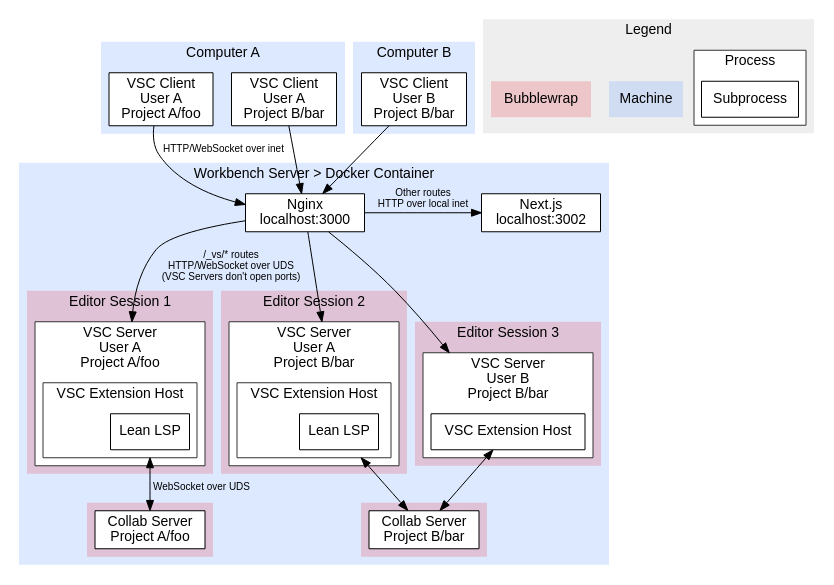
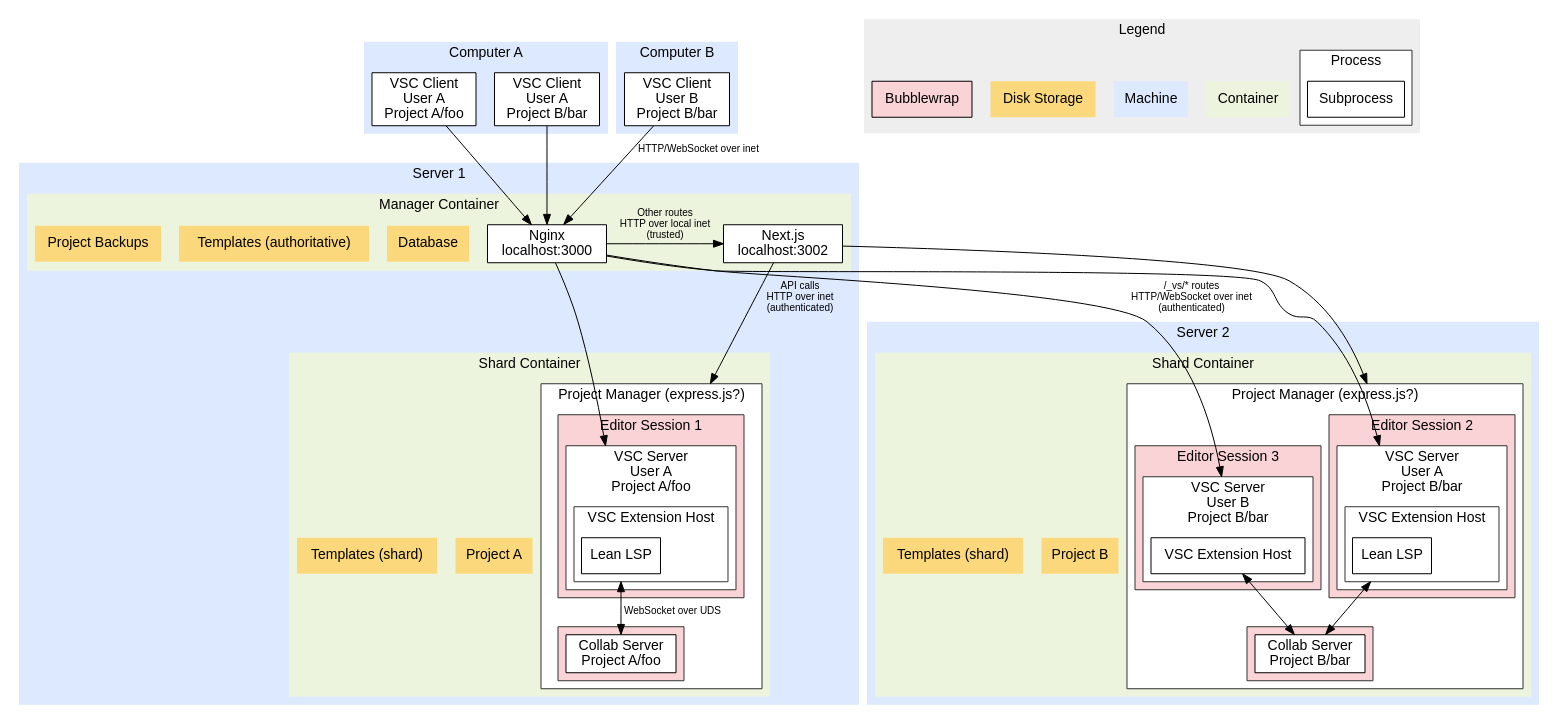
Before and after one commit to leanprover/lean-workbench: the diagram in doc/architecture.dot, drawn with Graphviz. The commit also changed 1 other file, not shown here.

Commit message:
feat: horizontal diagram

```diff
--- a/doc/architecture.dot
+++ b/doc/architecture.dot
@@ -1,124 +1,177 @@
 digraph Workbench {
     rankdir = TB;
     // Allow edges between clusters
     compound = true;
     fontname = "Helvetica";
     node [fontname = "Helvetica"; shape = box; style = filled; fillcolor = white;];
     edge [fontname = "Helvetica"; fontsize = 10;];
     style = filled;
     color = transparent;
     peripheries = 0;
-    
+
     subgraph cluster_COMPUTER_A {
         label = "Computer A";
-        fillcolor = "#5790FC33";
+        fillcolor = "#dde9fe";
+
         C1 [label = "VSC Client\nUser A\nProject A/foo";];
         C2 [label = "VSC Client\nUser A\nProject B/bar";];
     }
-    
+
     subgraph cluster_COMPUTER_B {
         label = "Computer B";
-        fillcolor = "#5790FC33";
+        fillcolor = "#dde9fe";
+
         C3 [label = "VSC Client\nUser B\nProject B/bar";];
     }
-    
+
     subgraph cluster_LEGEND {
         label = "Legend";
         fillcolor = "#EEEEEE";
-        
-        LegendMachine [label = "Machine"; fillcolor = "#5790FC33"; color = transparent;];
-        LegendBubblewrap [label = "Bubblewrap"; fillcolor = "#E4253633"; color = transparent;];
-        
+
+        LegendContainer [label = "Container";fillcolor = "#edf4dd";color = transparent;];
+        LegendMachine [label = "Machine";fillcolor = "#dde9fe";color = transparent;];
+        LegendDiskStorage [label = "Disk Storage";fillcolor = "#fcd87d";color = transparent;];
+        LegendBubblewrap [label = "Bubblewrap";fillcolor = "#fad3d7";];
+
         subgraph cluster_LegendProcess {
             label = "Process";
             fillcolor = white;
             color = "#333333";
             peripheries = 1;
             LegendSubprocess [label = "Subprocess";];
         }
     }
-    
-    subgraph cluster_WORKBENCH {
-        label = "Workbench Server > Docker Container";
+
+    subgraph cluster_BOX1 {
+        label = "Server 1";
         fillcolor = "#5790FC33";
-        
-        
-        subgraph {
-            rank = same;
-            Nginx;
-            NextJS;
+
+        subgraph cluster_BOX1_MGR {
+            label = "Manager Container";
+            fillcolor = "#edf4dd";
+            subgraph {
+                rank = same;
+                Nginx;
+                NextJS;
+            }
+            Nginx [label = "Nginx\nlocalhost:3000";];
+            NextJS [label = "Next.js\nlocalhost:3002";];
+
+            Db [label = "Database";fillcolor = "#fcd87d";color = transparent;];
+            Templates1 [label = "Templates (authoritative)";fillcolor = "#fcd87d";color = transparent;];
+            Backups [label = "Project Backups";fillcolor = "#fcd87d";color = transparent;];
         }
-        Nginx [label = "Nginx\nlocalhost:3000";];
-        NextJS [label = "Next.js\nlocalhost:3002";];
-        
-        subgraph cluster_BW_VSC1 {
-            label = "Editor Session 1";
-            fillcolor = "#E4253633";
-            subgraph cluster_S1 {
-                label = "VSC Server\nUser A\nProject A/foo";
+
+        subgraph cluster_BOX1_SHARD {
+            label = "Shard Container";
+            fillcolor = "#edf4dd";
+
+            ProjDirA [label = "Project A";fillcolor = "#fcd87d";color = transparent;];
+            Templates1S [label = "Templates (shard)";fillcolor = "#fcd87d";color = transparent;];
+
+            subgraph cluster_BOX1_PM {
+                label = "Project Manager (express.js?)";
                 fillcolor = white;
                 color = "#333333";
                 peripheries = 1;
-                subgraph cluster_EH1 {
-                    label = "VSC Extension Host";
-                    LSP1 [label = "Lean LSP";];
+
+                subgraph cluster_BW_VSC1 {
+                    label = "Editor Session 1";
+                    fillcolor = "#fad3d7";
+
+                    subgraph cluster_S1 {
+                        label = "VSC Server\nUser A\nProject A/foo";
+                        fillcolor = white;
+                        color = "#333333";
+
+                        subgraph cluster_EH1 {
+                            label = "VSC Extension Host";
+                            LSP1 [label = "Lean LSP";];
+                        }
+                    }
+                }
+
+                subgraph cluster_BW_CSFoo {
+                    label = "";
+                    fillcolor = "#fad3d7";
+
+                    CollabFoo [label = "Collab Server\nProject A/foo";];
                 }
             }
         }
-        
-        subgraph cluster_BW_VSC2 {
-            label = "Editor Session 2";
-            fillcolor = "#E4253633";
-            subgraph cluster_S2 {
-                label = "VSC Server\nUser A\nProject B/bar";
+    }
+
+    subgraph cluster_BOX2 {
+        label = "Server 2";
+        fillcolor = "#dde9fe";
+
+        subgraph cluster_BOX2_SHARD {
+            label = "Shard Container";
+            fillcolor = "#edf4dd";
+
+            ProjDirB [label = "Project B";fillcolor = "#fcd87d";color = transparent;];
+            Templates2S [label = "Templates (shard)";fillcolor = "#fcd87d";color = transparent;];
+
+            subgraph cluster_BOX2_PM {
+                label = "Project Manager (express.js?)";
                 fillcolor = white;
                 color = "#333333";
                 peripheries = 1;
-                subgraph cluster_EH2 {
-                    label = "VSC Extension Host";
-                    LSP2 [label = "Lean LSP";];
+
+                subgraph cluster_BW_VSC2 {
+                    label = "Editor Session 2";
+                    fillcolor = "#fad3d7";
+
+                    subgraph cluster_S2 {
+                        label = "VSC Server\nUser A\nProject B/bar";
+                        fillcolor = white;
+                        color = "#333333";
+
+                        subgraph cluster_EH2 {
+                            label = "VSC Extension Host";
+                            LSP2 [label = "Lean LSP";];
+                        }
+                    }
+                }
+
+                subgraph cluster_BW_VSC3 {
+                    label = "Editor Session 3";
+                    fillcolor = "#fad3d7";
+
+                    subgraph cluster_S3 {
+                        label = "VSC Server\nUser B\nProject B/bar";
+                        fillcolor = white;
+                        color = "#333333";
+
+                        EH3 [label = "VSC Extension Host";];
+                    }
+                }
+
+                subgraph cluster_BW_CSBar {
+                    label = "";
+                    fillcolor = "#fad3d7";
+
+                    CollabBar [label = "Collab Server\nProject B/bar";];
                 }
             }
         }
-        
-        subgraph cluster_BW_VSC3 {
-            label = "Editor Session 3";
-            fillcolor = "#E4253633";
-            subgraph cluster_S3 {
-                label = "VSC Server\nUser B\nProject B/bar";
-                fillcolor = white;
-                color = "#333333";
-                peripheries = 1;
-                EH3 [label = "VSC Extension Host";];
-            }
-        }
-        
-        
-        subgraph cluster_BW_CSFoo {
-            label = "";
-            fillcolor = "#E4253633";
-            CollabFoo [label = "Collab Server\nProject A/foo";];
-        }
-        
-        subgraph cluster_BW_CSBar {
-            label = "";
-            fillcolor = "#E4253633";
-            CollabBar [label = "Collab Server\nProject B/bar";];
-        }
     }
-    
-    C1 -> Nginx [label = "HTTP/WebSocket over inet";];
+
+    C1 -> Nginx;
     C2 -> Nginx;
-    C3 -> Nginx;
-    
-    Nginx -> NextJS [label = "Other routes\nHTTP over local inet";];
-    
+    C3 -> Nginx [label = "HTTP/WebSocket over inet";];
+
+    Nginx -> NextJS [label = "Other routes\nHTTP over local inet\n(trusted)";];
+
     // Edges to clusters: point at an inner node, clip at the cluster with lhead
-    Nginx -> LSP1 [lhead = cluster_S1; label = "/_vs/* routes\nHTTP/WebSocket over UDS\n(VSC Servers don't open ports)";];
+    NextJS -> LSP1 [lhead = cluster_BOX1_PM; label = "API calls\nHTTP over inet\n(authenticated)"];
+    NextJS -> LSP2 [lhead = cluster_BOX2_PM;];
+
+    Nginx -> LSP1 [lhead = cluster_S1;];
     Nginx -> LSP2 [lhead = cluster_S2;];
-    Nginx -> EH3 [lhead = cluster_S3;];
-    
+    Nginx -> EH3 [lhead = cluster_S3; label = "/_vs/* routes\nHTTP/WebSocket over inet\n(authenticated)";];
+
     LSP1 -> CollabFoo [dir = both; ltail = cluster_EH1; label = "WebSocket over UDS";];
     LSP2 -> CollabBar [dir = both; ltail = cluster_EH2;];
     EH3 -> CollabBar [dir = both;];
 }
```
